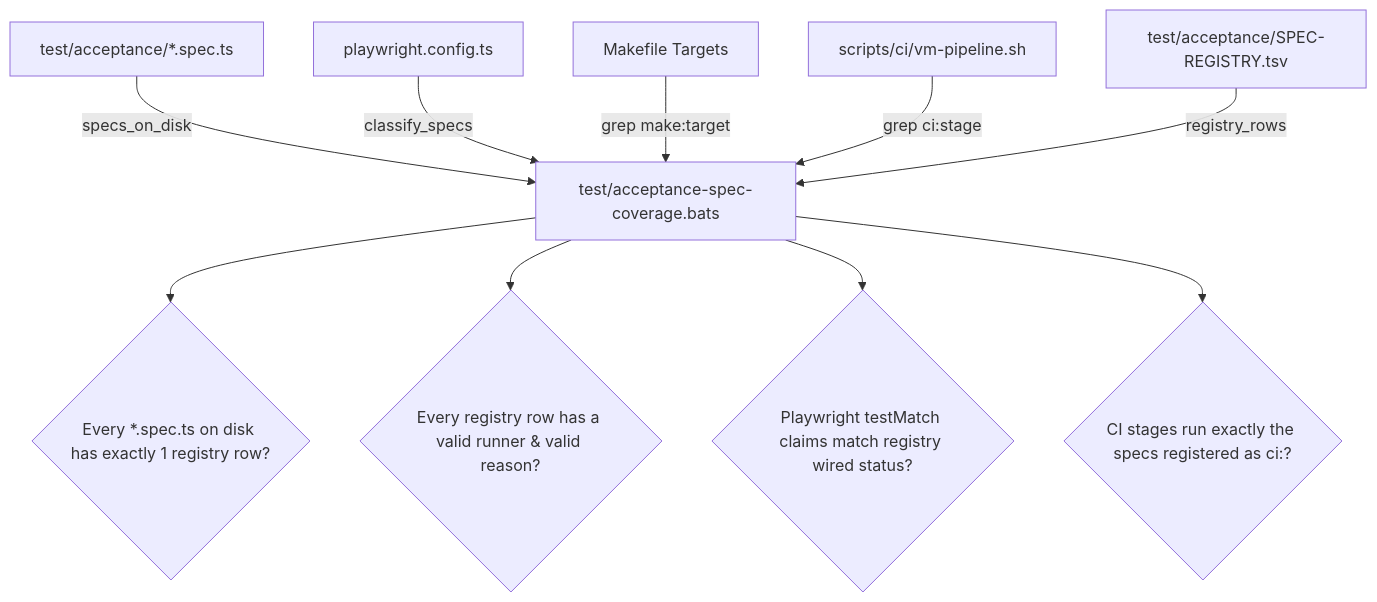
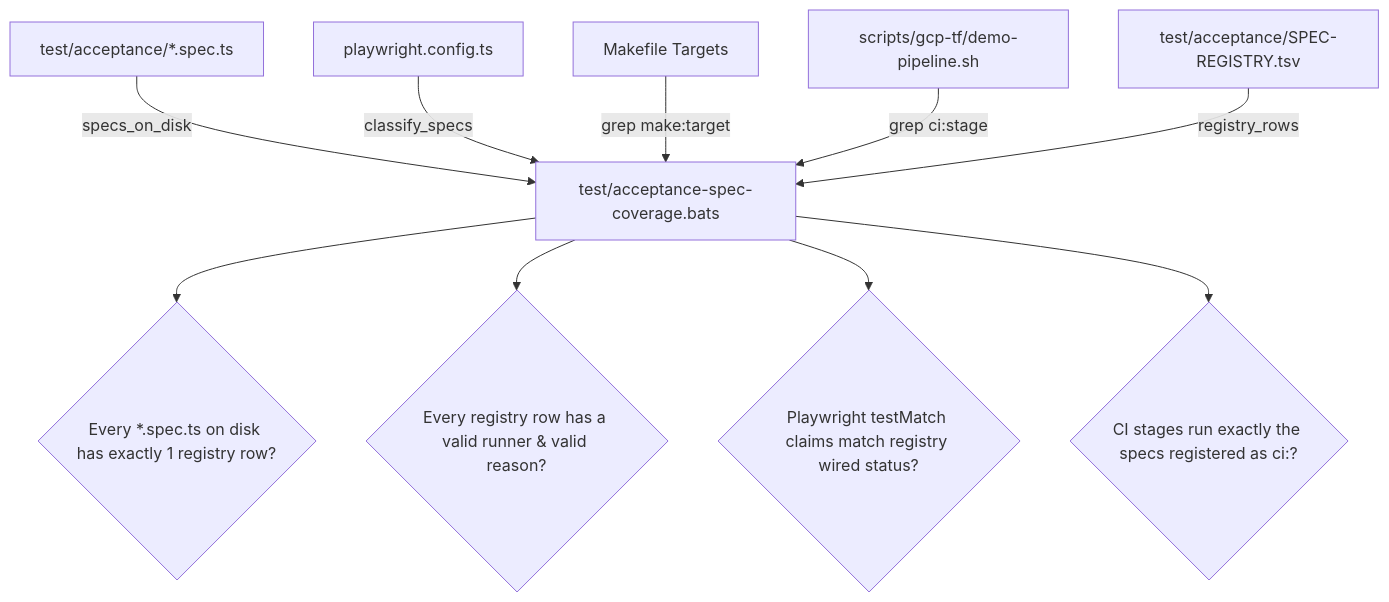
The diagram in docs/signalloom/sler-p6-pre-coverage-matrix.md (sublimino/architecture-as-code), drawn with Mermaid before and after one commit. The commit also changed other lines of this file and 248 other files, not shown here.

````diff
--- a/docs/signalloom/sler-p6-pre-coverage-matrix.md
+++ b/docs/signalloom/sler-p6-pre-coverage-matrix.md
@@ -165,13 +165,13 @@
 ```mermaid
 flowchart TD
     Disk[test/acceptance/*.spec.ts] -->|specs_on_disk| Guard[test/acceptance-spec-coverage.bats]
     Config[playwright.config.ts] -->|classify_specs| Guard
     Makefile[Makefile Targets] -->|grep make:target| Guard
-    Pipeline[scripts/ci/vm-pipeline.sh] -->|grep ci:stage| Guard
+    Pipeline[scripts/gcp-tf/demo-pipeline.sh] -->|grep ci:stage| Guard
     Registry[test/acceptance/SPEC-REGISTRY.tsv] -->|registry_rows| Guard
     
     Guard --> Assert1{Every *.spec.ts on disk has exactly 1 registry row?}
     Guard --> Assert2{Every registry row has a valid runner & valid reason?}
     Guard --> Assert3{Playwright testMatch claims match registry wired status?}
     Guard --> Assert4{CI stages run exactly the specs registered as ci:?}
 ```
````
